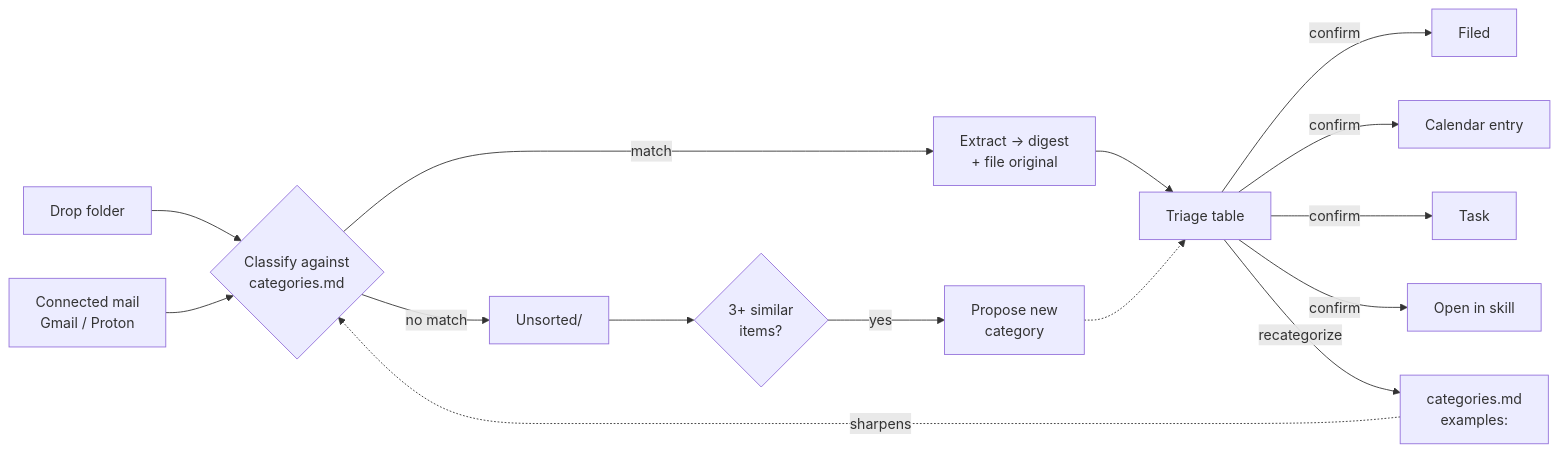
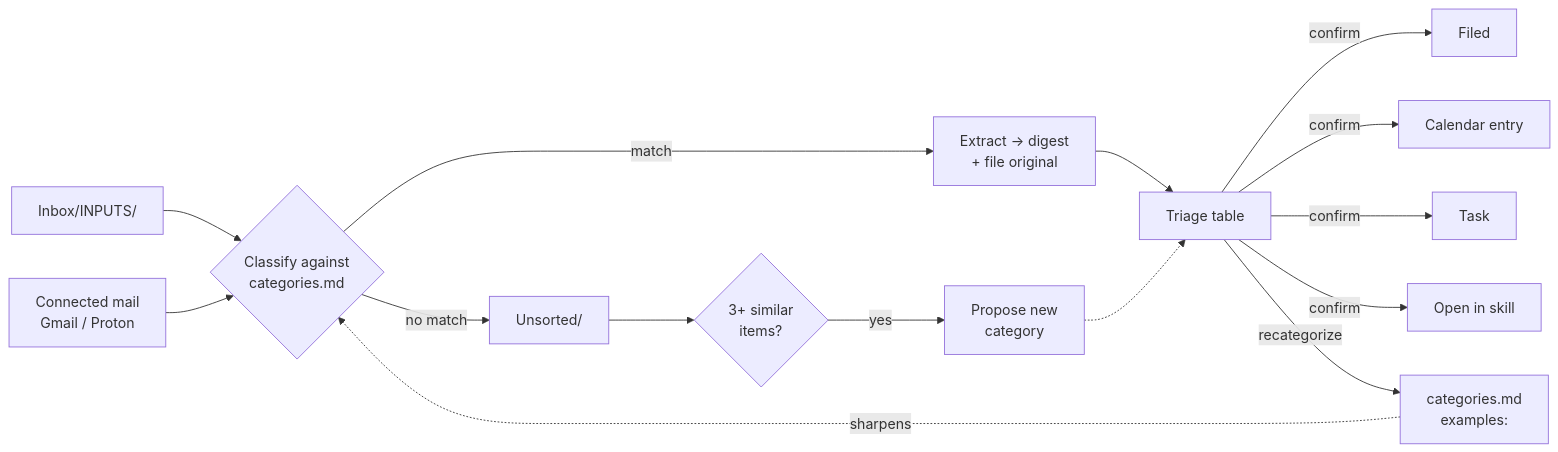
The diagram in README.md (googlarz/personal-inbox), drawn with Mermaid before and after one commit. The commit also changed 5 other files, not shown here.

First line of the commit message:
Add INPUTS/ as an explicit drop zone in the Inbox root

````diff
--- a/README.md
+++ b/README.md
@@ -24,27 +24,27 @@
 ```mermaid
 flowchart LR
-    drop["Drop folder"]
+    drop["Inbox/INPUTS/"]
     mail["Connected mail<br/>Gmail / Proton"]
     classify{"Classify against<br/>categories.md"}
     extract["Extract → digest<br/>+ file original"]
     unsorted["Unsorted/"]
     pattern{"3+ similar<br/>items?"}
     newcat["Propose new<br/>category"]
     triage["Triage table"]
     file["Filed"]
     cal["Calendar entry"]
     task["Task"]
     skill["Open in skill"]
     examples["categories.md<br/>examples:"]
 
     drop --> classify
     mail --> classify
     classify -->|match| extract --> triage
     classify -->|no match| unsorted --> pattern
     pattern -->|yes| newcat -.-> triage
     triage -->|confirm| file
     triage -->|confirm| cal
     triage -->|confirm| task
     triage -->|confirm| skill
     triage -->|recategorize| examples -. sharpens .-> classify
 ```
````
